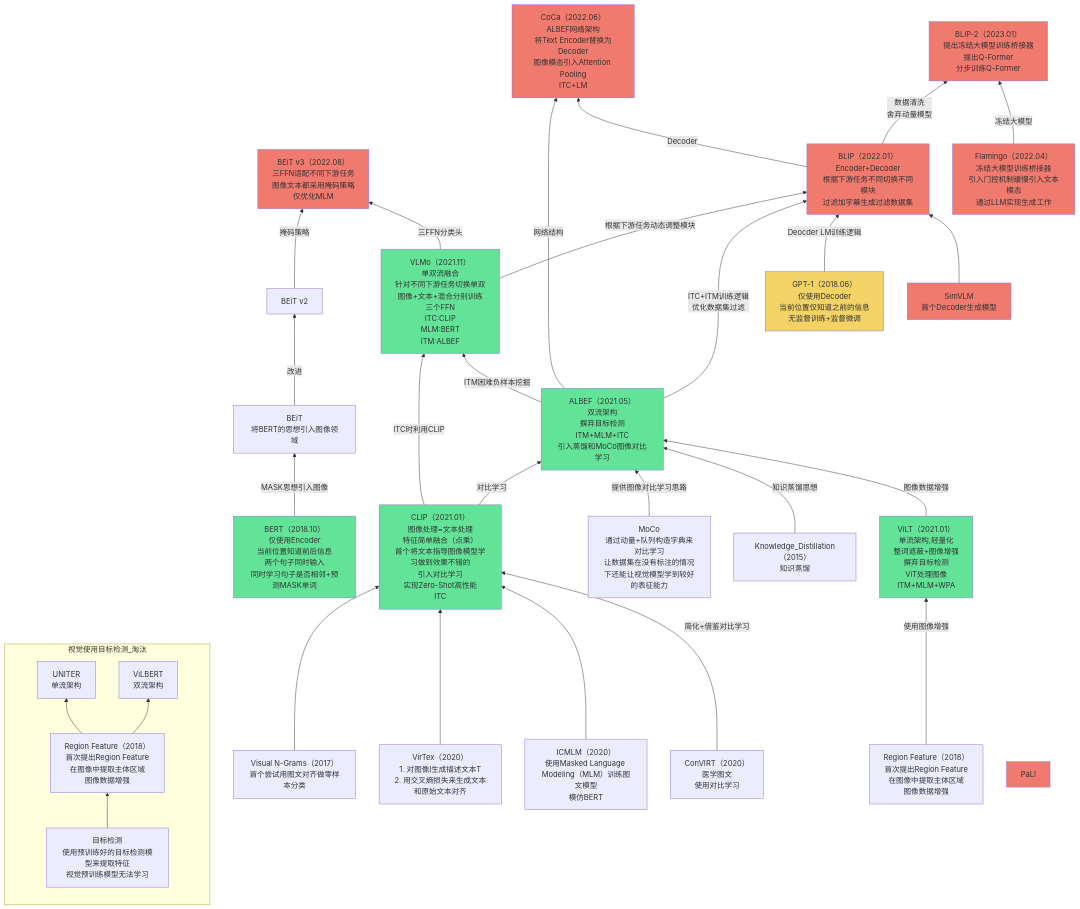
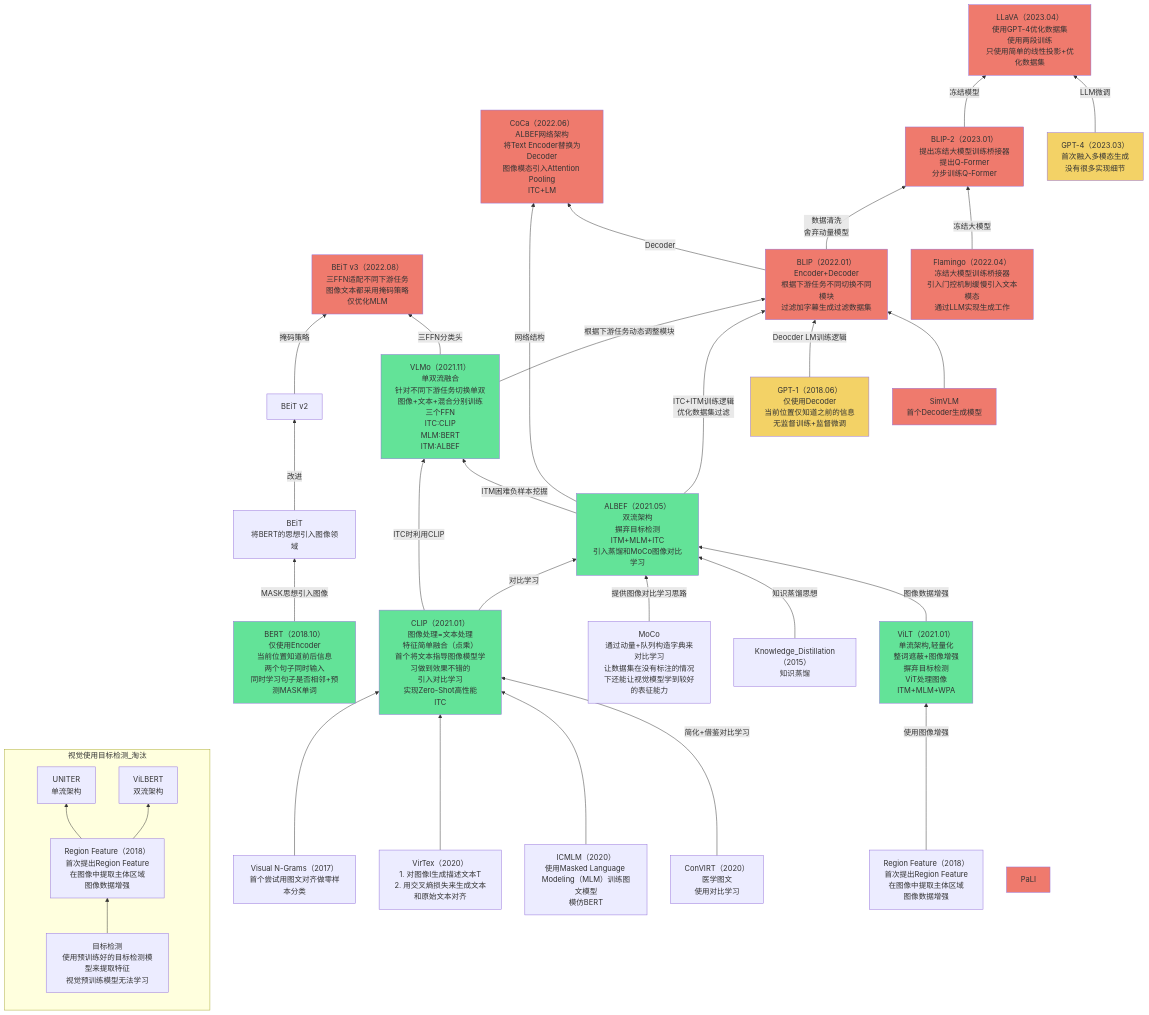
One commit to Elephant-King9/Paper changed the fourth of 6 diagrams in Base_Model/VLM+VLLM/analyse.md. Above: the diagram before and after it, drawn with Mermaid. The commit also changed 7 other files, not shown here.

````diff
--- a/Base_Model/VLM+VLLM/analyse.md
+++ b/Base_Model/VLM+VLLM/analyse.md
@@ -107,74 +107,80 @@
 ```mermaid
 flowchart BT
 	subgraph 视觉使用目标检测_淘汰
 		direction BT
 		目标检测-->Region_Feature_1
     Region_Feature_1-->UNITER
     Region_Feature_1-->ViLBERT
 	end
 	Region_Feature-->|使用图像增强|ViLT
 	Visual_N-Grams-->CLIP
 	VirTex-->CLIP
 	ICMLM-->CLIP
 	ConVIRT-->|简化+借鉴对比学习|CLIP
 	CLIP-->|ITC时利用CLIP|VLMo
 	CLIP-->|对比学习|ALBEF
 	MoCo-->|提供图像对比学习思路|ALBEF
 	Knowledge_Distillation-->|知识蒸馏思想|ALBEF
 	ViLT-->|图像数据增强|ALBEF
 	ALBEF-->|ITM困难负样本挖掘|VLMo
 	BEiT_v2-->|掩码策略|BEiT_v3
 	VLMo-->|三FFN分类头|BEiT_v3
 	VLMo-->|根据下游任务动态调整模块|BLIP
 	ALBEF-->|ITC+ITM训练逻辑<br>优化数据集过滤|BLIP
 	GPT-1-->|Deocder LM训练逻辑|BLIP
 	SimVLM-->BLIP
 	ALBEF-->|网络结构|CoCa
 	BLIP-->|Decoder|CoCa
 	BLIP-->|数据清洗<br>舍弃动量模型|BLIP-2
+	BLIP-2-->|冻结模型|LLaVA
+	GPT-4-->|LLM微调|LLaVA
 	Flamingo-->|冻结大模型|BLIP-2
 	BERT-->|MASK思想引入图像|BEiT
 	BEiT-->|改进|BEiT_v2
 	
 	
 
 	目标检测[目标检测<br>使用预训练好的目标检测模型来提取特征<br>视觉预训练模型无法学习]
 	ViLT[ViLT（2021.01）<br>单流架构,轻量化<br>整词遮蔽+图像增强<br>摒弃目标检测<br>ViT处理图像<br>ITM+MLM+WPA]
 		style ViLT fill:#63E398
 	CLIP[CLIP（2021.01）<br>图像处理=文本处理<br>特征简单融合（点乘）<br>首个将文本指导图像模型学习做到效果不错的<br>引入对比学习<br>实现Zero-Shot高性能<br>ITC]
 		style CLIP fill:#63E398
 	ALBEF[ALBEF（2021.05）<br>双流架构<br>摒弃目标检测<br>ITM+MLM+ITC<br>引入蒸馏和MoCo图像对比学习]
 		style ALBEF fill:#63E398
 	VLMo[VLMo（2021.11）<br>单双流融合<br>针对不同下游任务切换单双<br>图像+文本+混合分别训练<br>三个FFN<br>ITC:CLIP<br>MLM:BERT<br>ITM:ALBEF]
 		style VLMo fill:#63E398
 	BLIP[BLIP（2022.01）<br>Encoder+Decoder<br>根据下游任务不同切换不同模块<br>过滤加字幕生成过滤数据集]
 		style BLIP fill:#EF7A6D
 	CoCa[CoCa（2022.06）<br>ALBEF网络架构<br>将Text Encoder替换为Decoder<br>图像模态引入Attention Pooling<br>ITC+LM]
 		style CoCa fill:#EF7A6D
 	BEiT_v3[BEiT v3（2022.08）<br>三FFN适配不同下游任务<br>图像文本都采用掩码策略<br>仅优化MLM]
 		style BEiT_v3 fill:#EF7A6D
 	PaLI[PaLI]
 		style PaLI fill:#EF7A6D
 	VirTex[VirTex（2020）<br>1. 对图像I生成描述文本T<br>2. 用交叉熵损失来生成文本和原始文本对齐]
 	ICMLM[ICMLM（2020）<br>使用Masked Language Modeling（MLM）训练图文模型<br>模仿BERT]
 	ConVIRT[ConVIRT（2020）<br>医学图文<br>使用对比学习]
 	Visual_N-Grams[Visual N-Grams（2017）<br>首个尝试用图文对齐做零样本分类]
 	Region_Feature[Region Feature（2018）<br>首次提出Region Feature<br>在图像中提取主体区域<br>图像数据增强]
 	Region_Feature_1[Region Feature（2018）<br>首次提出Region Feature<br>在图像中提取主体区域<br>图像数据增强]
 	UNITER[UNITER<br>单流架构]
 	ViLBERT[ViLBERT<br>双流架构]
 	MoCo[MoCo<br>通过动量+队列构造字典来对比学习<br>让数据集在没有标注的情况下还能让视觉模型学到较好的表征能力]
 	Knowledge_Distillation[Knowledge_Distillation（2015）<br>知识蒸馏]
 	GPT-1[GPT-1（2018.06）<br>仅使用Decoder<br>当前位置仅知道之前的信息<br>无监督训练+监督微调]
 		style GPT-1 fill:#F3D266
 	SimVLM[SimVLM<br>首个Decoder生成模型]
 		style SimVLM fill:#EF7A6D
 	BEiT[BEiT<br>将BERT的思想引入图像领域]
 	BEiT_v2[BEiT v2]
 	BERT[BERT（2018.10）<br>仅使用Encoder<br>当前位置知道前后信息<br>两个句子同时输入<br>同时学习句子是否相邻+预测MASK单词]
 		style BERT fill:#63E398
 	BLIP-2[BLIP-2（2023.01）<br>提出冻结大模型训练桥接器<br>提出Q-Former<br>分步训练Q-Former]
 		style BLIP-2 fill:#EF7A6D
 	Flamingo[Flamingo（2022.04）<br>冻结大模型训练桥接器<br>引入门控机制缓慢引入文本模态<br>通过LLM实现生成工作]
 		style Flamingo fill:#EF7A6D
+	LLaVA[LLaVA（2023.04）<br>使用GPT-4优化数据集<br>使用两段训练<br>只使用简单的线性投影+优化数据集]	
+		style LLaVA fill:#EF7A6D
+	GPT-4[GPT-4（2023.03）<br>首次融入多模态生成<br>没有很多实现细节]
+		style GPT-4 fill:#F3D266
 ```
````
